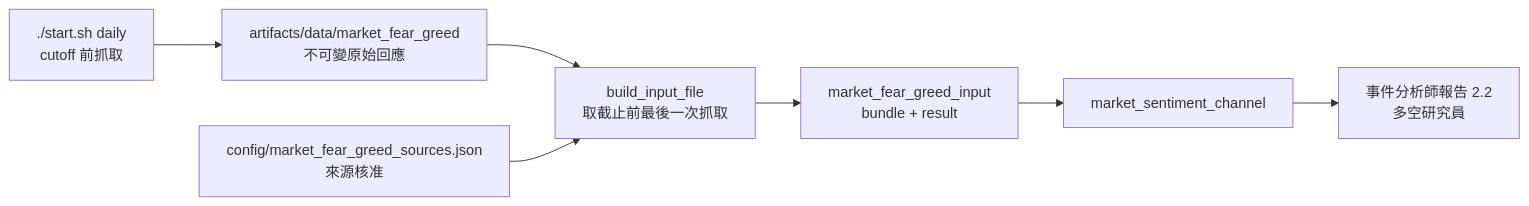
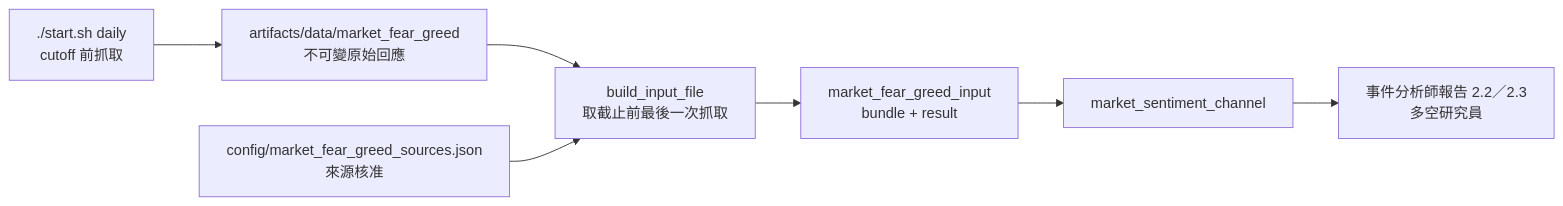
Before and after one commit to zxcvb8885123/ETF-AGENTS: the diagram in docs/market_fear_greed.md, drawn with Mermaid. The commit also changed 58 other files, not shown here.

````diff
--- a/docs/market_fear_greed.md
+++ b/docs/market_fear_greed.md
@@ -13,9 +13,9 @@
 ```mermaid
 flowchart LR
   A[./start.sh daily<br/>cutoff 前抓取] --> B[artifacts/data/market_fear_greed<br/>不可變原始回應]
   B --> C[build_input_file<br/>取截止前最後一次抓取]
   K[config/market_fear_greed_sources.json<br/>來源核准] --> C
   C --> D[market_fear_greed_input<br/>bundle + result]
   D --> E[market_sentiment_channel]
-  E --> F[事件分析師報告 2.2<br/>多空研究員]
+  E --> F[事件分析師報告 2.2／2.3<br/>多空研究員]
 ```
````
